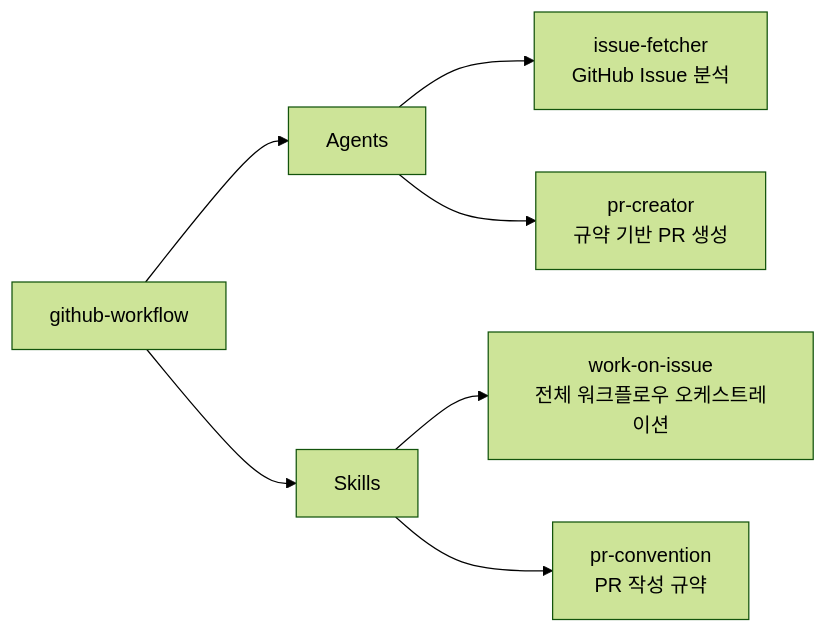
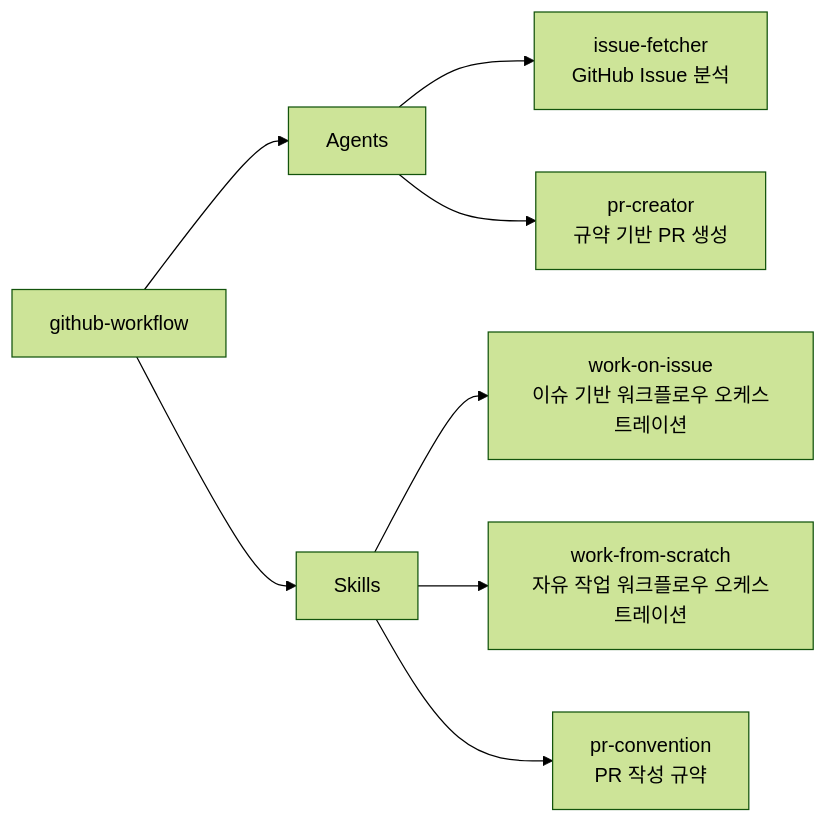
Before and after one commit to iamhoonse-dev/hoonse-claude-plugins: the diagram in plugins/github-workflow/README.md, drawn with Mermaid (forest theme). The commit also changed other lines of this file and 3 other files, not shown here.

First line of the commit message:
feat(github-workflow): /work-from-scratch 스킬 추가 및 플러그인 v0.0.2 업데이트

````diff
--- a/plugins/github-workflow/README.md
+++ b/plugins/github-workflow/README.md
@@ -7,11 +7,12 @@
 ```mermaid
 graph LR
     A[github-workflow] --> C[Agents]
     A --> D[Skills]
 
     C --> C1[issue-fetcher<br/>GitHub Issue 분석]
     C --> C2[pr-creator<br/>규약 기반 PR 생성]
 
-    D --> D1[work-on-issue<br/>전체 워크플로우 오케스트레이션]
-    D --> D2[pr-convention<br/>PR 작성 규약]
+    D --> D1[work-on-issue<br/>이슈 기반 워크플로우 오케스트레이션]
+    D --> D2[work-from-scratch<br/>자유 작업 워크플로우 오케스트레이션]
+    D --> D3[pr-convention<br/>PR 작성 규약]
 ```
````
